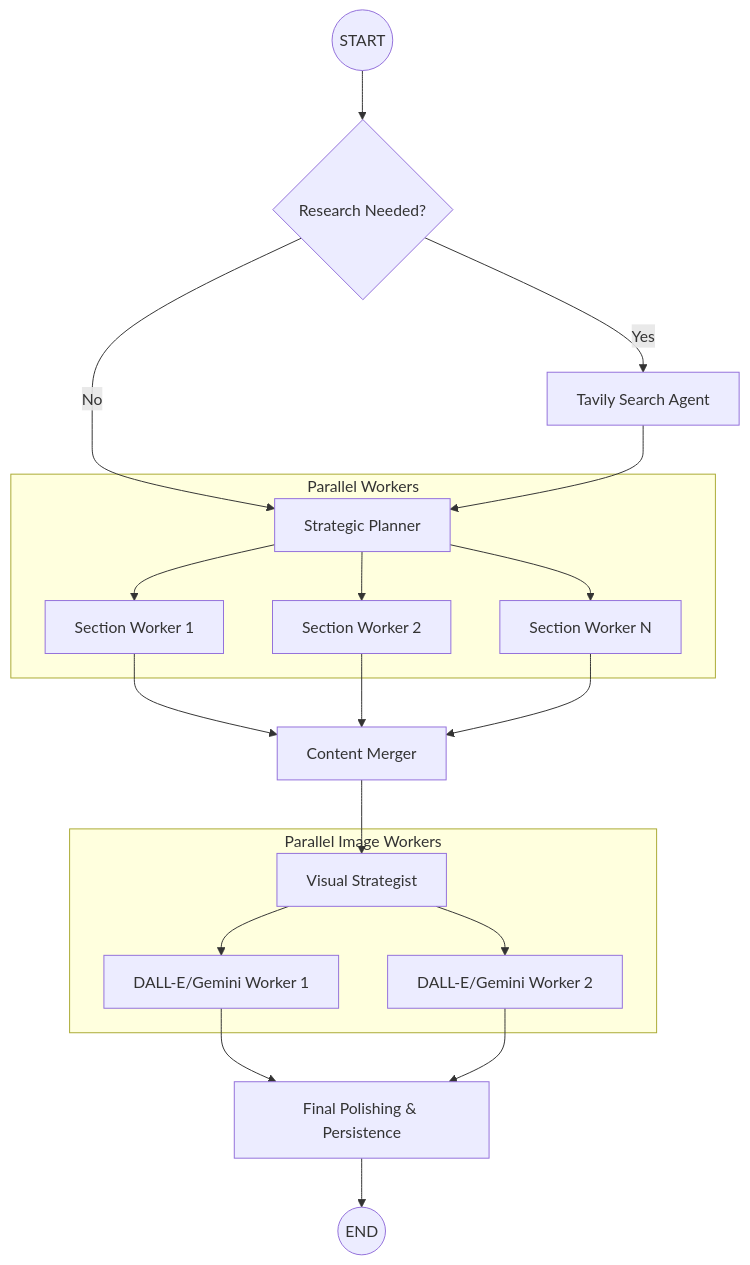
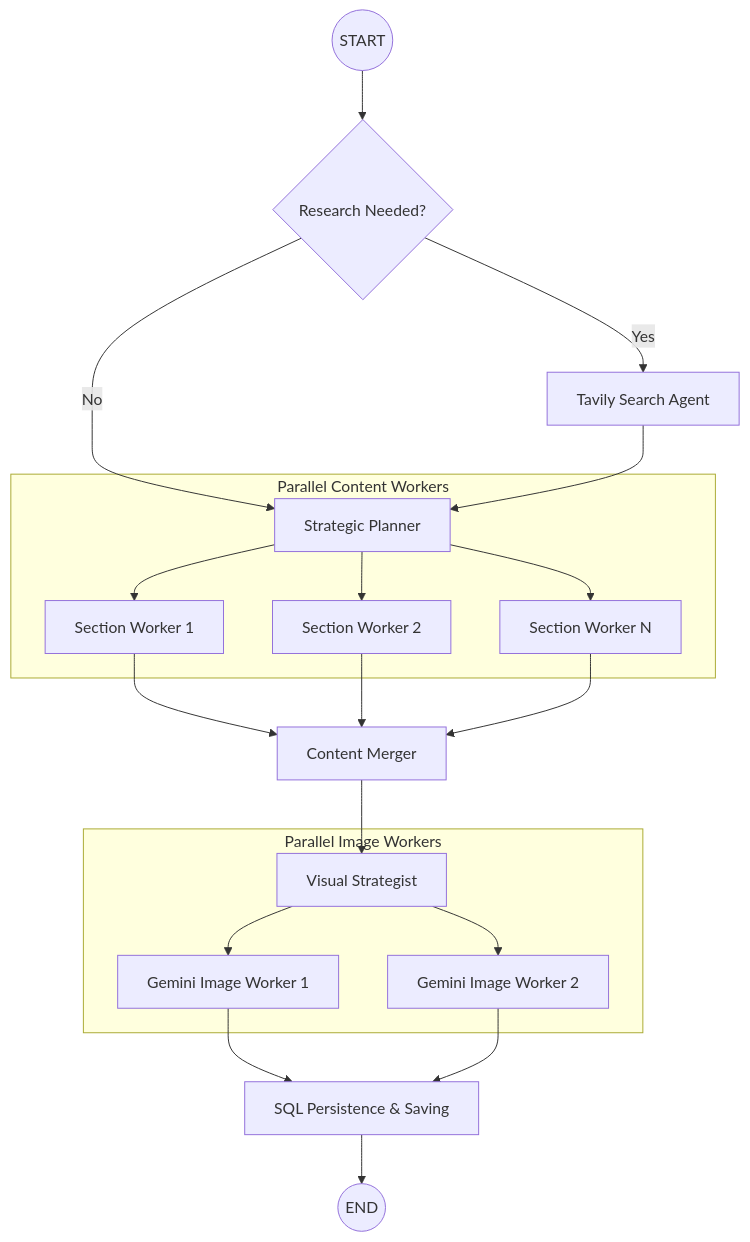
Before and after one commit to tanishra/scribe-flow: the diagram in README.md, drawn with Mermaid. The commit also changed other lines of this file, not shown here.

````diff
--- a/README.md
+++ b/README.md
@@ -19,24 +20,24 @@
 ```mermaid
 graph TD
     Start((START)) --> Router{Research Needed?}
     Router -- Yes --> Research[Tavily Search Agent]
     Router -- No --> Orchestrator
     Research --> Orchestrator[Strategic Planner]
     
-    subgraph Parallel Workers
+    subgraph Parallel Content Workers
     Orchestrator --> W1[Section Worker 1]
     Orchestrator --> W2[Section Worker 2]
     Orchestrator --> W3[Section Worker N]
     end
     
     W1 & W2 & W3 --> Reducer[Content Merger]
     Reducer --> ImgDecide[Visual Strategist]
     
     subgraph Parallel Image Workers
-    ImgDecide --> IW1[DALL-E/Gemini Worker 1]
-    ImgDecide --> IW2[DALL-E/Gemini Worker 2]
+    ImgDecide --> IW1[Gemini Image Worker 1]
+    ImgDecide --> IW2[Gemini Image Worker 2]
     end
     
-    IW1 & IW2 --> Finalize[Final Polishing & Persistence]
+    IW1 & IW2 --> Finalize[SQL Persistence & Saving]
     Finalize --> End((END))
 ```
````
